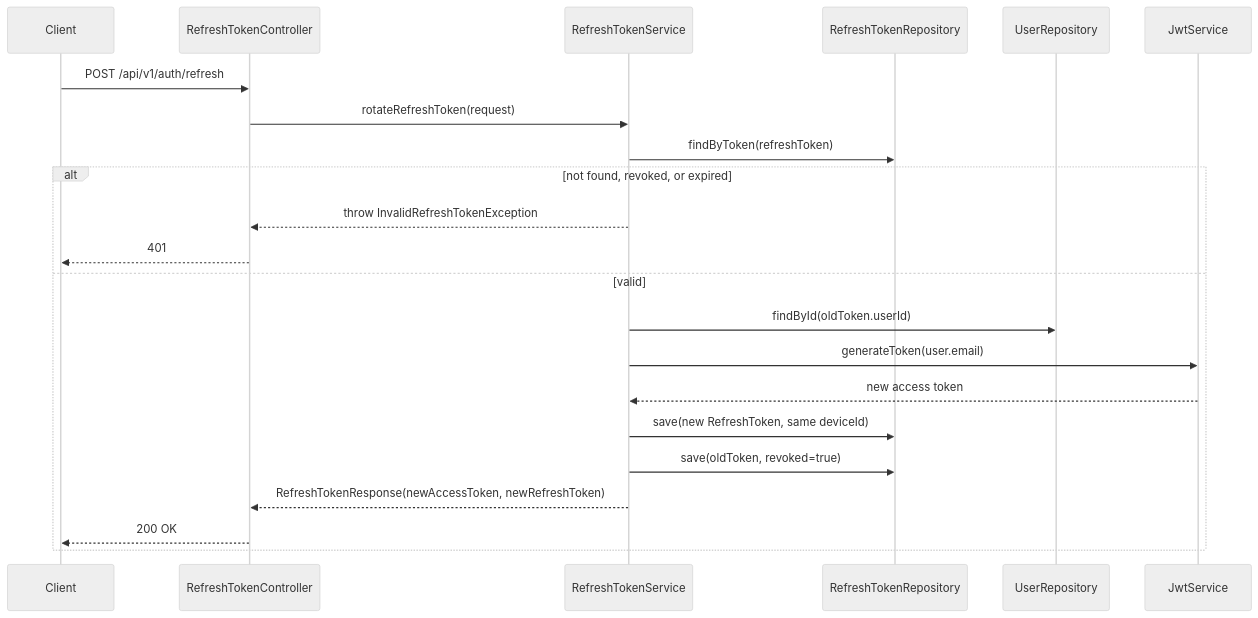
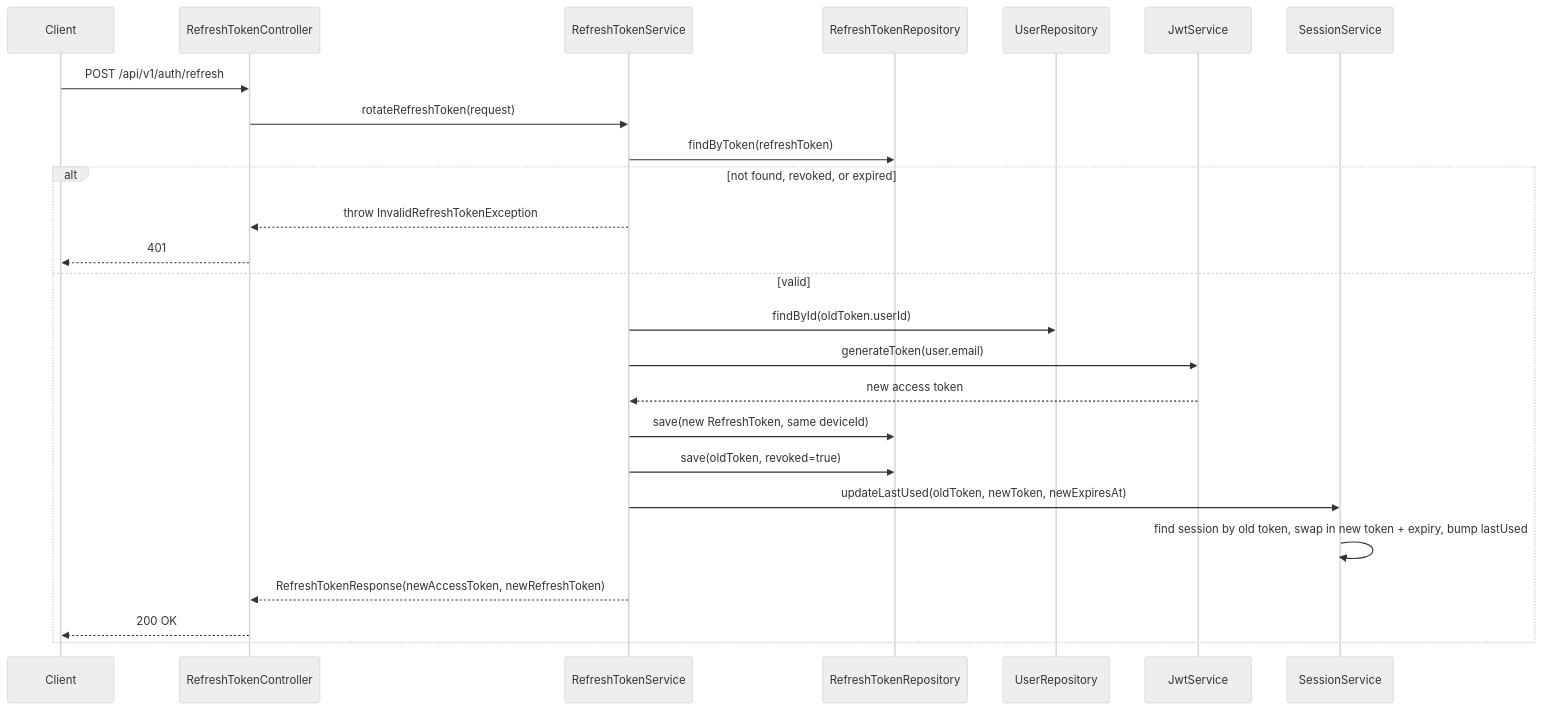
One commit to SUDHAKAR445/auth-platform changed the fourth of 6 diagrams in docs/architecture.md. Above: the diagram before and after it, drawn with Mermaid (neutral theme). The commit also changed other lines of this file and 8 other files, not shown here.

````diff
--- a/docs/architecture.md
+++ b/docs/architecture.md
@@ -145,25 +169,28 @@
 ```mermaid
 sequenceDiagram
     participant C as Client
     participant Ctrl as RefreshTokenController
     participant Svc as RefreshTokenService
     participant Repo as RefreshTokenRepository
     participant URepo as UserRepository
     participant Jwt as JwtService
+    participant SSvc as SessionService
 
     C->>Ctrl: POST /api/v1/auth/refresh
     Ctrl->>Svc: rotateRefreshToken(request)
     Svc->>Repo: findByToken(refreshToken)
     alt not found, revoked, or expired
         Svc-->>Ctrl: throw InvalidRefreshTokenException
         Ctrl-->>C: 401
     else valid
         Svc->>URepo: findById(oldToken.userId)
         Svc->>Jwt: generateToken(user.email)
         Jwt-->>Svc: new access token
         Svc->>Repo: save(new RefreshToken, same deviceId)
         Svc->>Repo: save(oldToken, revoked=true)
+        Svc->>SSvc: updateLastUsed(oldToken, newToken, newExpiresAt)
+        SSvc->>SSvc: find session by old token, swap in new token + expiry, bump lastUsed
         Svc-->>Ctrl: RefreshTokenResponse(newAccessToken, newRefreshToken)
         Ctrl-->>C: 200 OK
     end
 ```
````
